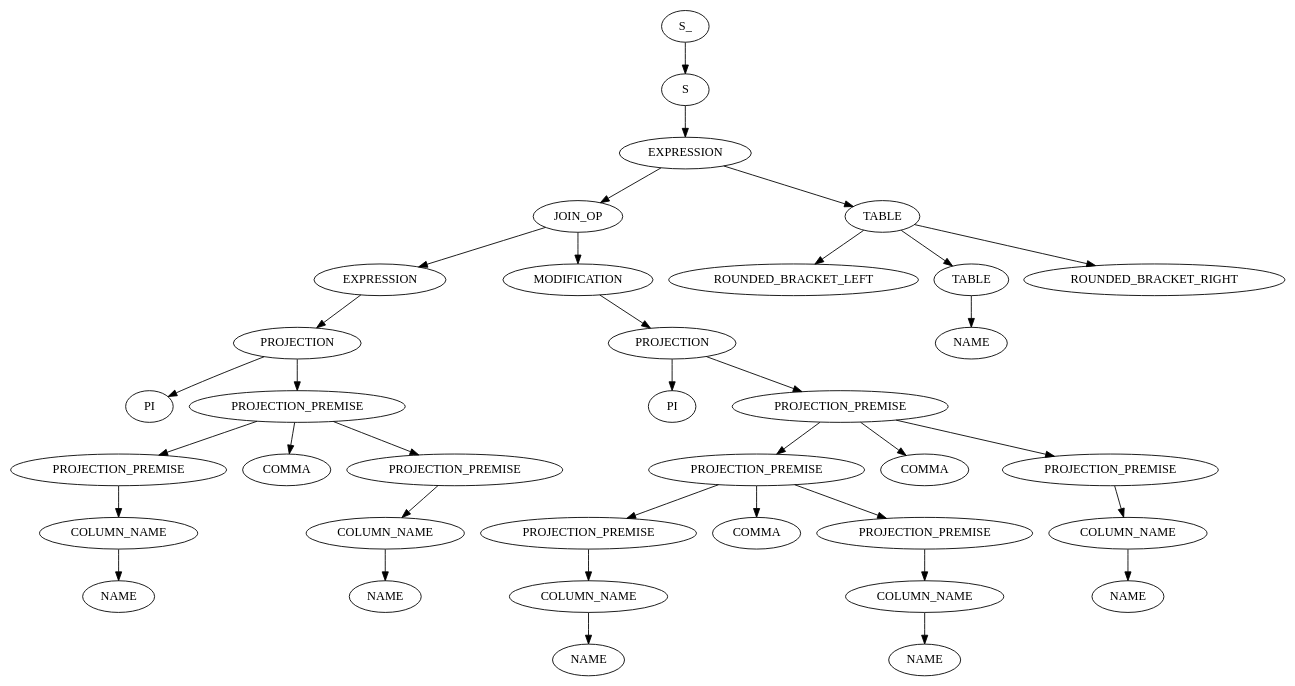
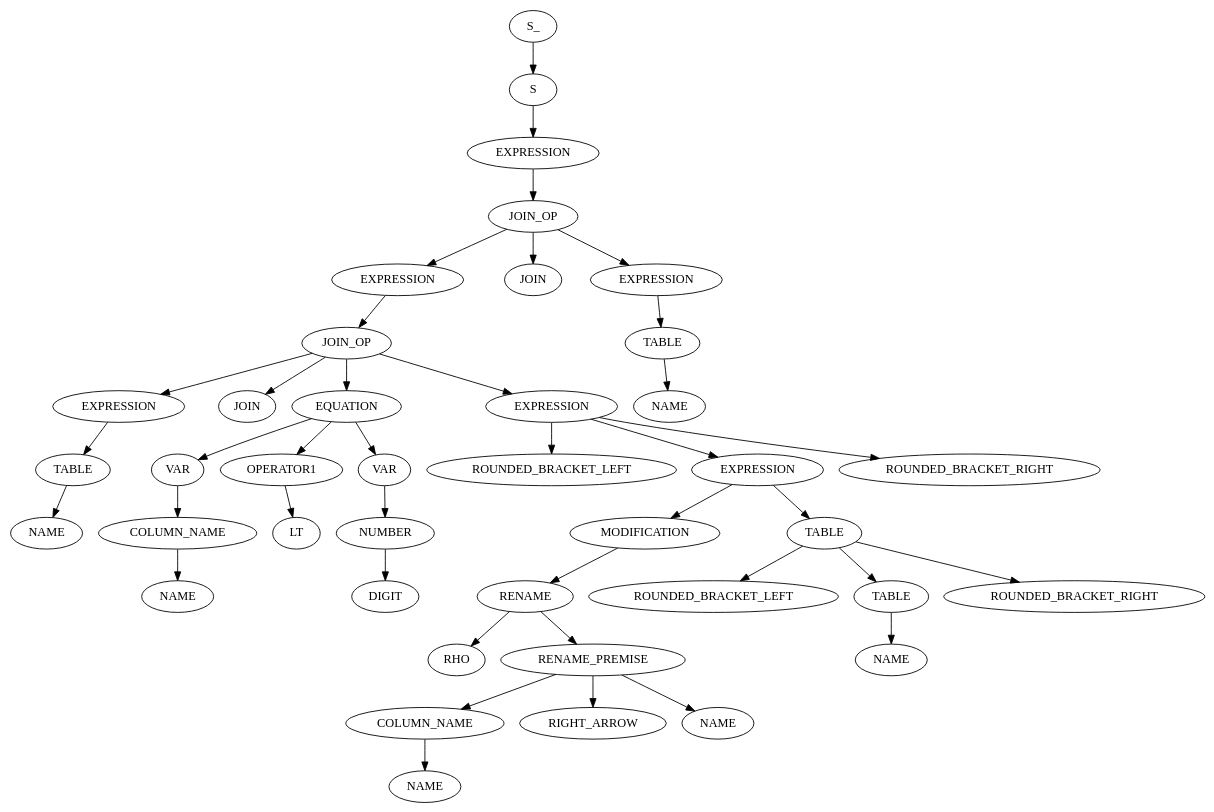
The diagram in output/out.dot (RobbeNooyens/RATSQL), drawn with Graphviz before and after one commit. The commit also changed 5 other files, not shown here.

```diff
--- a/output/out.dot
+++ b/output/out.dot
@@ -1,73 +1,81 @@
 digraph ParseTree {
   0 [label="S_"];
   0 -> 1
   1 [label="S"];
   1 -> 2
   2 [label="EXPRESSION"];
   2 -> 3
   3 [label="JOIN_OP"];
   3 -> 4
   4 [label="EXPRESSION"];
   4 -> 5
-  5 [label="PROJECTION"];
+  5 [label="JOIN_OP"];
   5 -> 6
-  6 [label="PI"];
-  5 -> 7
-  7 [label="PROJECTION_PREMISE"];
+  6 [label="EXPRESSION"];
+  6 -> 7
+  7 [label="TABLE"];
   7 -> 8
-  8 [label="PROJECTION_PREMISE"];
-  8 -> 9
-  9 [label="COLUMN_NAME"];
-  9 -> 10
-  10 [label="NAME"];
-  7 -> 11
-  11 [label="COMMA"];
-  7 -> 12
-  12 [label="PROJECTION_PREMISE"];
+  8 [label="NAME"];
+  5 -> 9
+  9 [label="JOIN"];
+  5 -> 10
+  10 [label="EQUATION"];
+  10 -> 11
+  11 [label="VAR"];
+  11 -> 12
+  12 [label="COLUMN_NAME"];
   12 -> 13
-  13 [label="COLUMN_NAME"];
-  13 -> 14
-  14 [label="NAME"];
-  3 -> 15
-  15 [label="MODIFICATION"];
-  15 -> 16
-  16 [label="PROJECTION"];
+  13 [label="NAME"];
+  10 -> 14
+  14 [label="OPERATOR1"];
+  14 -> 15
+  15 [label="LT"];
+  10 -> 16
+  16 [label="VAR"];
   16 -> 17
-  17 [label="PI"];
-  16 -> 18
-  18 [label="PROJECTION_PREMISE"];
-  18 -> 19
-  19 [label="PROJECTION_PREMISE"];
+  17 [label="NUMBER"];
+  17 -> 18
+  18 [label="DIGIT"];
+  5 -> 19
+  19 [label="EXPRESSION"];
   19 -> 20
-  20 [label="PROJECTION_PREMISE"];
-  20 -> 21
-  21 [label="COLUMN_NAME"];
+  20 [label="ROUNDED_BRACKET_LEFT"];
+  19 -> 21
+  21 [label="EXPRESSION"];
   21 -> 22
-  22 [label="NAME"];
-  19 -> 23
-  23 [label="COMMA"];
-  19 -> 24
-  24 [label="PROJECTION_PREMISE"];
-  24 -> 25
-  25 [label="COLUMN_NAME"];
+  22 [label="MODIFICATION"];
+  22 -> 23
+  23 [label="RENAME"];
+  23 -> 24
+  24 [label="RHO"];
+  23 -> 25
+  25 [label="RENAME_PREMISE"];
   25 -> 26
-  26 [label="NAME"];
-  18 -> 27
-  27 [label="COMMA"];
-  18 -> 28
-  28 [label="PROJECTION_PREMISE"];
-  28 -> 29
-  29 [label="COLUMN_NAME"];
-  29 -> 30
-  30 [label="NAME"];
-  2 -> 31
-  31 [label="TABLE"];
-  31 -> 32
-  32 [label="ROUNDED_BRACKET_LEFT"];
-  31 -> 33
-  33 [label="TABLE"];
-  33 -> 34
-  34 [label="NAME"];
-  31 -> 35
+  26 [label="COLUMN_NAME"];
+  26 -> 27
+  27 [label="NAME"];
+  25 -> 28
+  28 [label="RIGHT_ARROW"];
+  25 -> 29
+  29 [label="NAME"];
+  21 -> 30
+  30 [label="TABLE"];
+  30 -> 31
+  31 [label="ROUNDED_BRACKET_LEFT"];
+  30 -> 32
+  32 [label="TABLE"];
+  32 -> 33
+  33 [label="NAME"];
+  30 -> 34
+  34 [label="ROUNDED_BRACKET_RIGHT"];
+  19 -> 35
   35 [label="ROUNDED_BRACKET_RIGHT"];
+  3 -> 36
+  36 [label="JOIN"];
+  3 -> 37
+  37 [label="EXPRESSION"];
+  37 -> 38
+  38 [label="TABLE"];
+  38 -> 39
+  39 [label="NAME"];
 }
```
